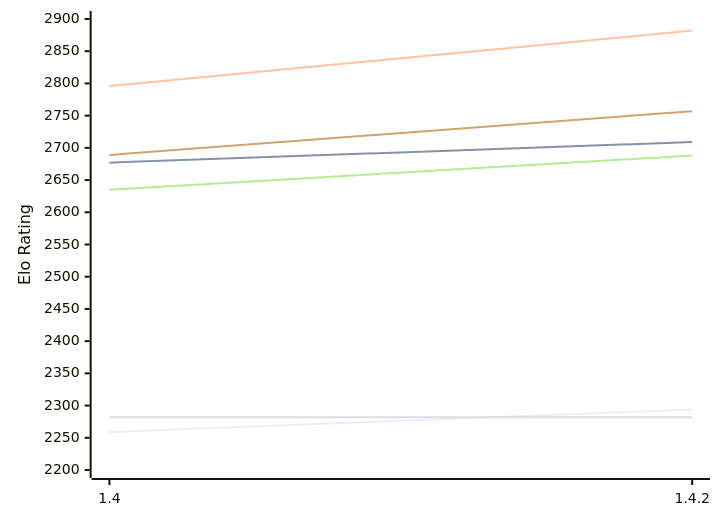
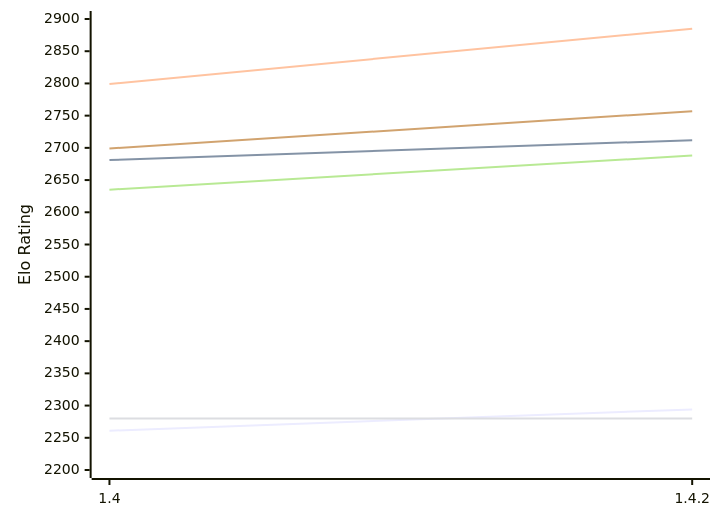
Before and after one commit to computer-chess-index/cci: the first of 2 diagrams in engines/Spike.md, drawn with Mermaid. The commit also changed other lines of this file, not shown here.

Commit message:
Update CCI Ratings (ELO VLTC) - 2026-11-22

````diff
--- a/engines/Spike.md
+++ b/engines/Spike.md
@@ -50,12 +50,12 @@
 ```mermaid
 %%{init: {"theme":"base","themeVariables":{"seriesColors:['#a3a3a3','#222221','#faa371']}}}%%
 xychart-beta
   x-axis ["1.4", "1.4.2"]
   y-axis "Elo Rating" 2200 --> 2900
-  line "E1: STC (8.0+0.08s)" [2259, 2294]
-  line "E1: LTC (60.0+0.60s)" [2677, 2709]
-  line "E1: VLTC (2m24s+1.12s)" [2796, 2882]
-  line "P1: STC (8.0+0.08s)" [2282, 2282]
+  line "E1: STC (8.0+0.08s)" [2261, 2294]
+  line "E1: LTC (60.0+0.60s)" [2681, 2712]
+  line "E1: VLTC (2m24s+1.12s)" [2799, 2885]
+  line "P1: STC (8.0+0.08s)" [2280, 2280]
   line "P1: LTC (60.0+0.60s)" [2635, 2688]
-  line "P1: VLTC (2m24s+1.12s)" [2689, 2757]
+  line "P1: VLTC (2m24s+1.12s)" [2699, 2757]
 ```
````
